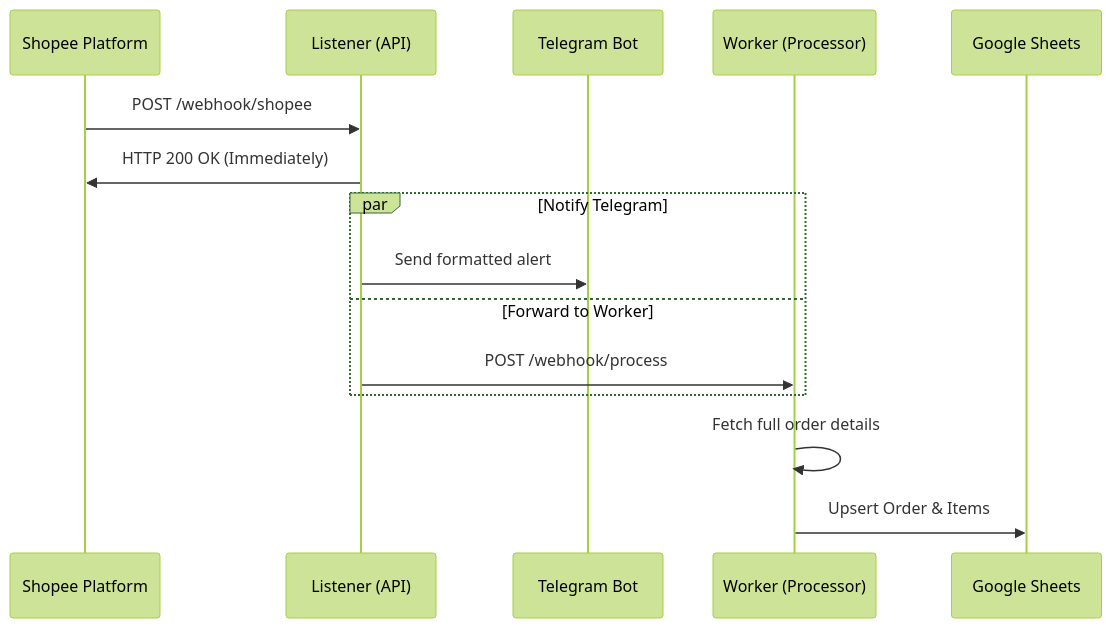
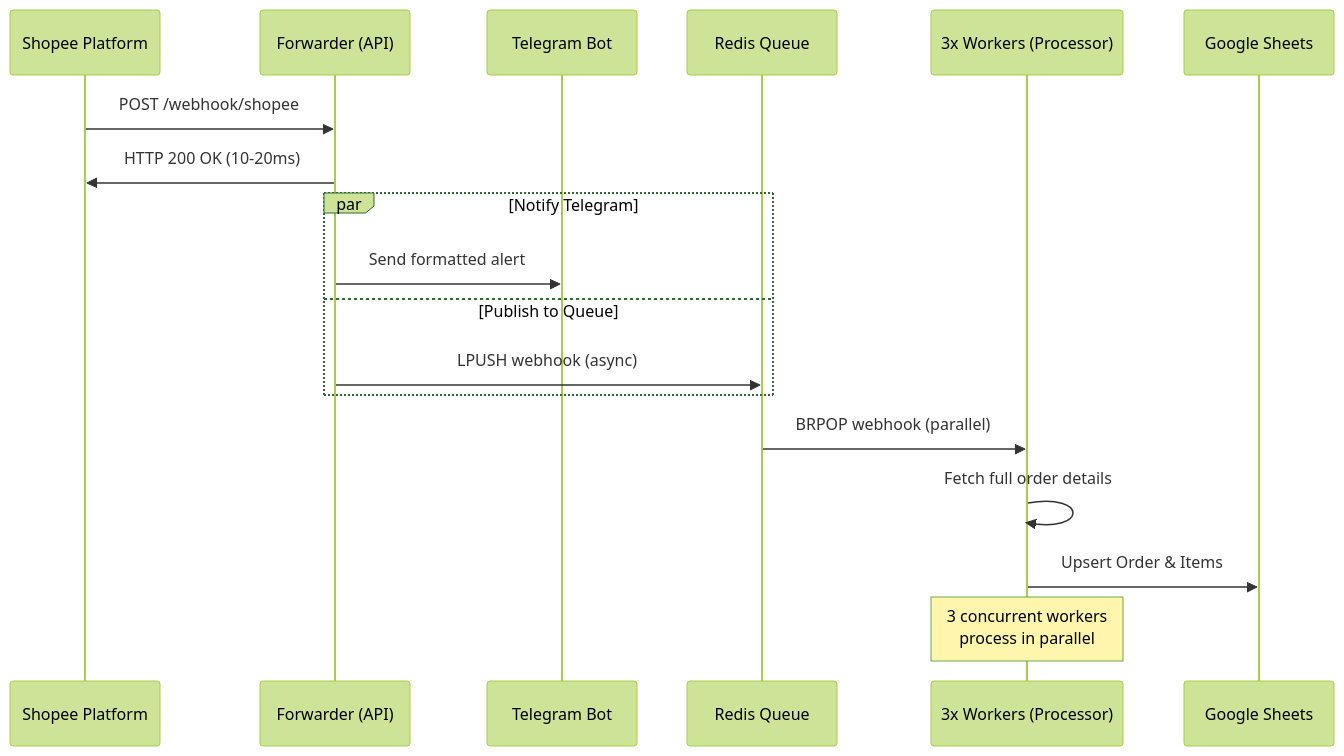
The second of 2 diagrams in README.md (xKeNcHii/shopee-webhook-receiver), drawn with Mermaid (forest theme) before and after one commit. The commit also changed other lines of this file and 18 other files, not shown here.

````diff
--- a/README.md
+++ b/README.md
@@ -47,20 +52,24 @@
 ```mermaid
 sequenceDiagram
     participant Shopee as Shopee Platform
-    participant Listener as Listener (API)
+    participant Forwarder as Forwarder (API)
     participant Telegram as Telegram Bot
-    participant Worker as Worker (Processor)
+    participant Redis as Redis Queue
+    participant Worker as 3x Workers (Processor)
     participant Sheets as Google Sheets
 
-    Shopee->>Listener: POST /webhook/shopee
-    Listener->>Shopee: HTTP 200 OK (Immediately)
-    
+    Shopee->>Forwarder: POST /webhook/shopee
+    Forwarder->>Shopee: HTTP 200 OK (10-20ms)
+
     par Notify Telegram
-        Listener->>Telegram: Send formatted alert
-    and Forward to Worker
-        Listener->>Worker: POST /webhook/process
+        Forwarder->>Telegram: Send formatted alert
+    and Publish to Queue
+        Forwarder->>Redis: LPUSH webhook (async)
     end
 
+    Redis->>Worker: BRPOP webhook (parallel)
     Worker->>Worker: Fetch full order details
     Worker->>Sheets: Upsert Order & Items
+
+    Note over Worker: 3 concurrent workers<br/>process in parallel
 ```
````
